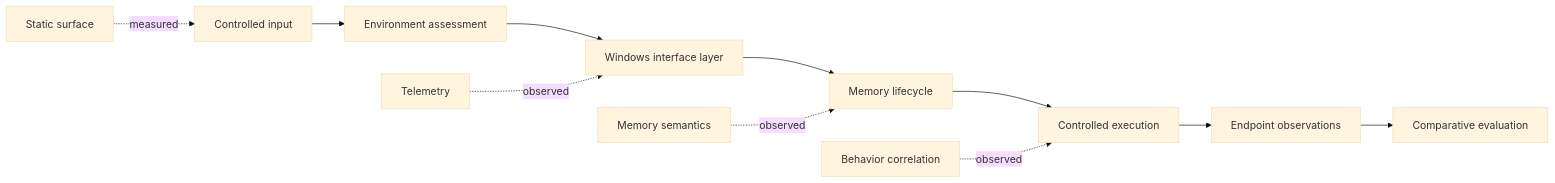
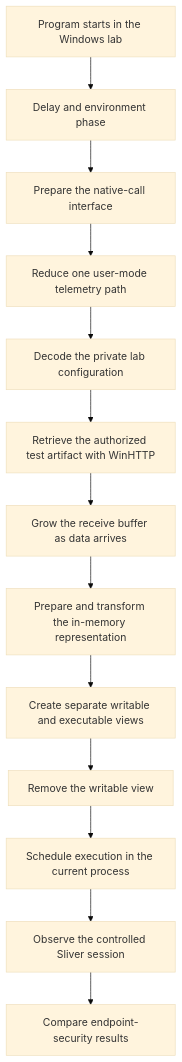
One commit to mohoamerakram-tech/ECHOSEEK changed the diagram in README.md. Above: the diagram before and after it, drawn with Mermaid (base theme). The commit also changed other lines of this file and 12 other files, not shown here.

````diff
--- a/README.md
+++ b/README.md
@@ -36,14 +45,15 @@
 ```mermaid
-flowchart LR
-    A[Controlled input] --> B[Environment assessment]
-    B --> C[Windows interface layer]
-    C --> D[Memory lifecycle]
-    D --> E[Controlled execution]
-    E --> F[Endpoint observations]
-    F --> G[Comparative evaluation]
-
-    S1[Static surface] -. measured .-> A
-    S2[Telemetry] -. observed .-> C
-    S3[Memory semantics] -. observed .-> D
-    S4[Behavior correlation] -. observed .-> E
+flowchart TD
+    A[Program starts in the Windows lab] --> B[Delay and environment phase]
+    B --> C[Prepare the native-call interface]
+    C --> D[Reduce one user-mode telemetry path]
+    D --> E[Decode the private lab configuration]
+    E --> F[Retrieve the authorized test artifact with WinHTTP]
+    F --> G[Grow the receive buffer as data arrives]
+    G --> H[Prepare and transform the in-memory representation]
+    H --> I[Create separate writable and executable views]
+    I --> J[Remove the writable view]
+    J --> K[Schedule execution in the current process]
+    K --> L[Observe the controlled Sliver session]
+    L --> M[Compare endpoint-security results]
 ```
````
